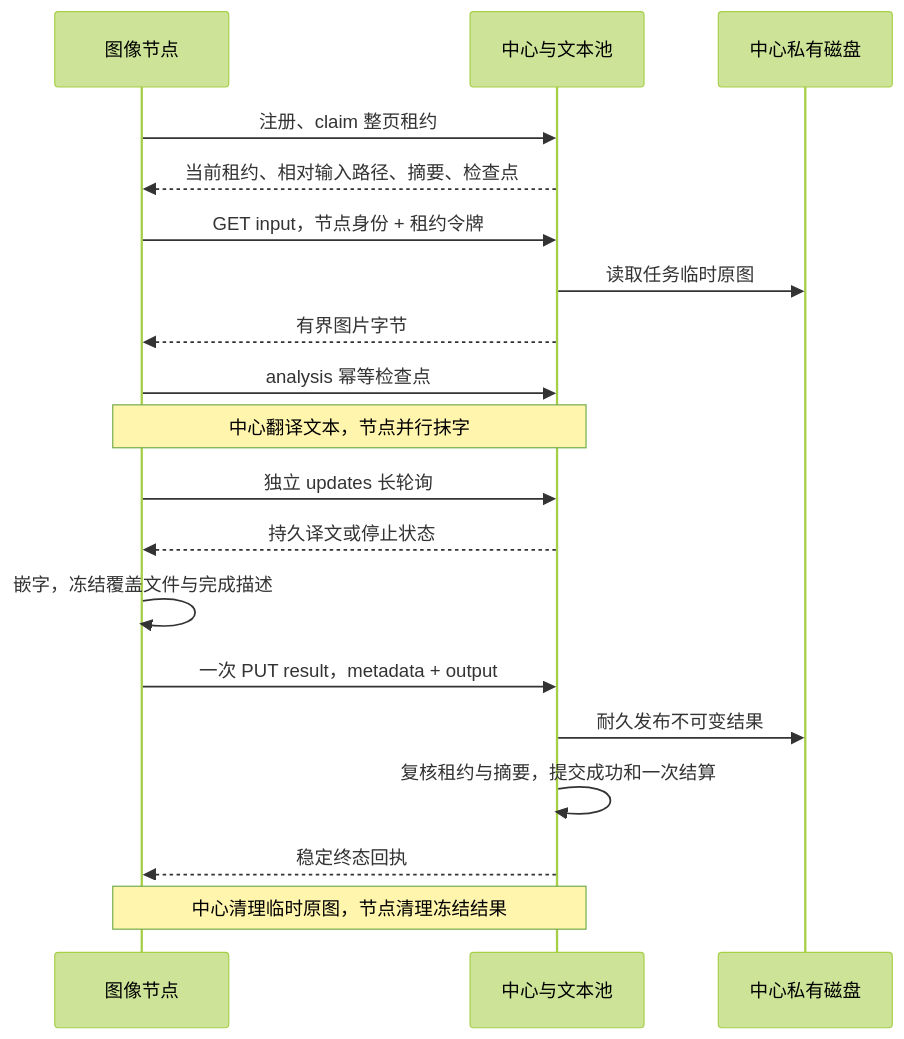
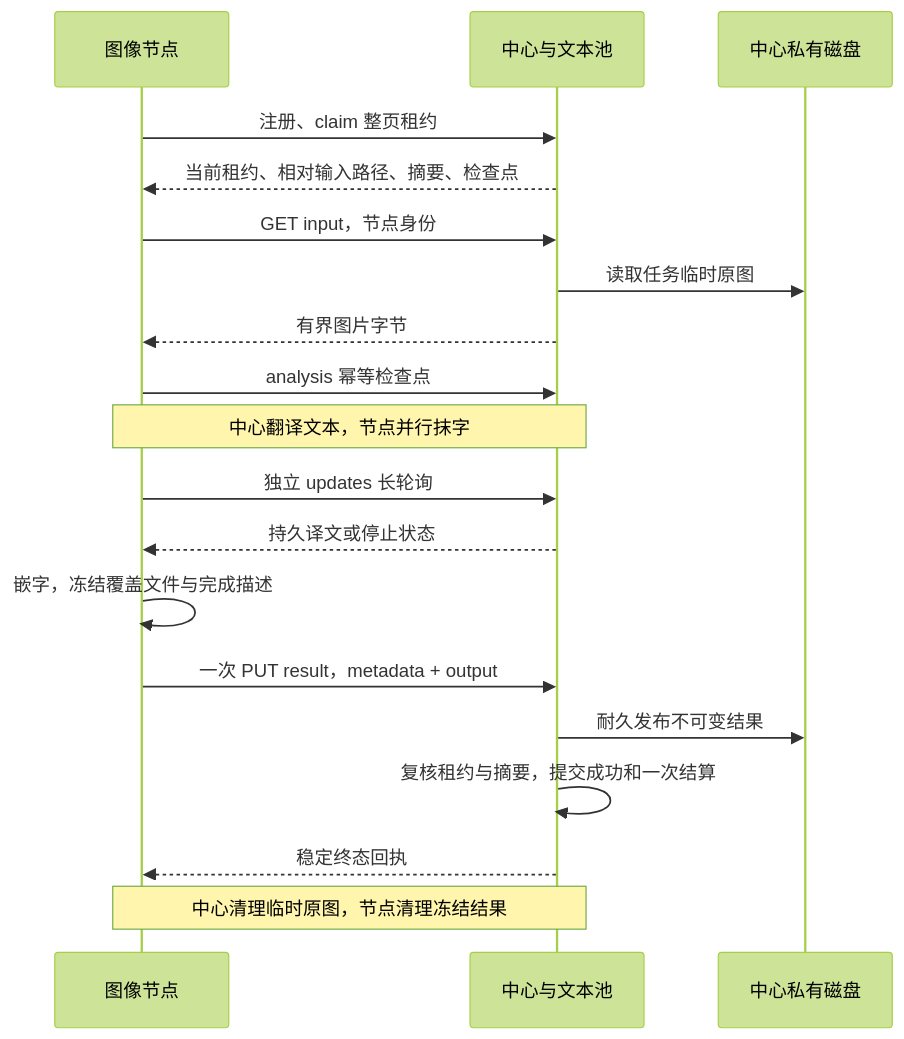
Before and after one commit to Wy2926/node-comics: the diagram in docs/COMPUTE_PROTOCOL.md, drawn with Mermaid (forest theme). The commit also changed other lines of this file and 10 other files, not shown here.

````diff
--- a/docs/COMPUTE_PROTOCOL.md
+++ b/docs/COMPUTE_PROTOCOL.md
@@ -11,21 +11,21 @@
 ```mermaid
 sequenceDiagram
     participant N as 图像节点
     participant C as 中心与文本池
     participant F as 中心私有磁盘
     N->>C: 注册、claim 整页租约
     C-->>N: 当前租约、相对输入路径、摘要、检查点
-    N->>C: GET input，节点身份 + 租约令牌
+    N->>C: GET input，节点身份
     C->>F: 读取任务临时原图
     C-->>N: 有界图片字节
     N->>C: analysis 幂等检查点
     Note over N,C: 中心翻译文本，节点并行抹字
     N->>C: 独立 updates 长轮询
     C-->>N: 持久译文或停止状态
     N->>N: 嵌字，冻结覆盖文件与完成描述
     N->>C: 一次 PUT result，metadata + output
     C->>F: 耐久发布不可变结果
     C->>C: 复核租约与摘要，提交成功和一次结算
     C-->>N: 稳定终态回执
     Note over N,C: 中心清理临时原图，节点清理冻结结果
 ```
````
